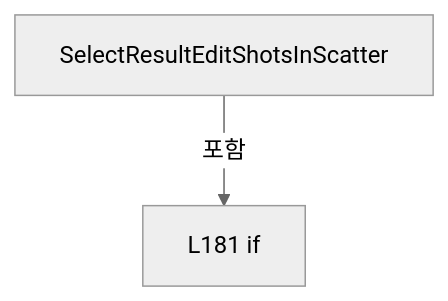
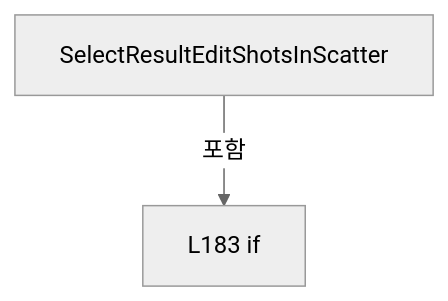
Before and after one commit to kjuws10-rgb/Shared: the seventh of 24 diagrams in A3 LD Code Ref/files/Drilling.UI/Menu/Menus/CMenuCorrection.ReviewData.Edit.cs.md, drawn with Mermaid (neutral theme). The commit also changed other lines of this file and 2071 other files, not shown here.

Commit message:
docs(a3): update 11.19.0 architecture and code reference

````diff
--- a/A3 LD Code Ref/files/Drilling.UI/Menu/Menus/CMenuCorrection.ReviewData.Edit.cs.md
+++ b/A3 LD Code Ref/files/Drilling.UI/Menu/Menus/CMenuCorrection.ReviewData.Edit.cs.md
@@ -2027,6 +2085,6 @@
 ```mermaid
 flowchart TD
  M["SelectResultEditShotsInScatter"]
- N0["L181 if"]
+ N0["L183 if"]
  M -->|포함| N0
 ```
````
